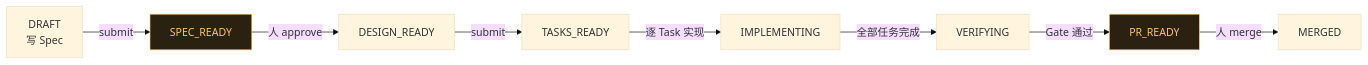
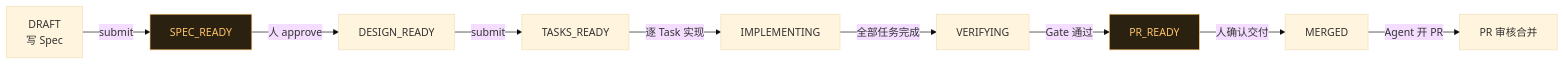
One commit to RyanBrainNew/sdd-kit changed the diagram in README.md. Above: the diagram before and after it, drawn with Mermaid (base theme). The commit also changed other lines of this file and 23 other files, not shown here.

````diff
--- a/README.md
+++ b/README.md
@@ -60,13 +60,14 @@
 ```mermaid
 flowchart LR
   D[DRAFT<br/>写 Spec] -->|submit| S[SPEC_READY]
   S -->|人 approve| DS[DESIGN_READY]
   DS -->|submit| T[TASKS_READY]
   T -->|逐 Task 实现| I[IMPLEMENTING]
   I -->|全部任务完成| V[VERIFYING]
   V -->|Gate 通过| P[PR_READY]
-  P -->|人 merge| M[MERGED]
+  P -->|人确认交付| M[MERGED]
+  M -->|Agent 开 PR| R[PR 审核合并]
 
   classDef gate fill:#2b2110,stroke:#ffc46b,color:#ffc46b;
   class S,P gate;
 ```
````
